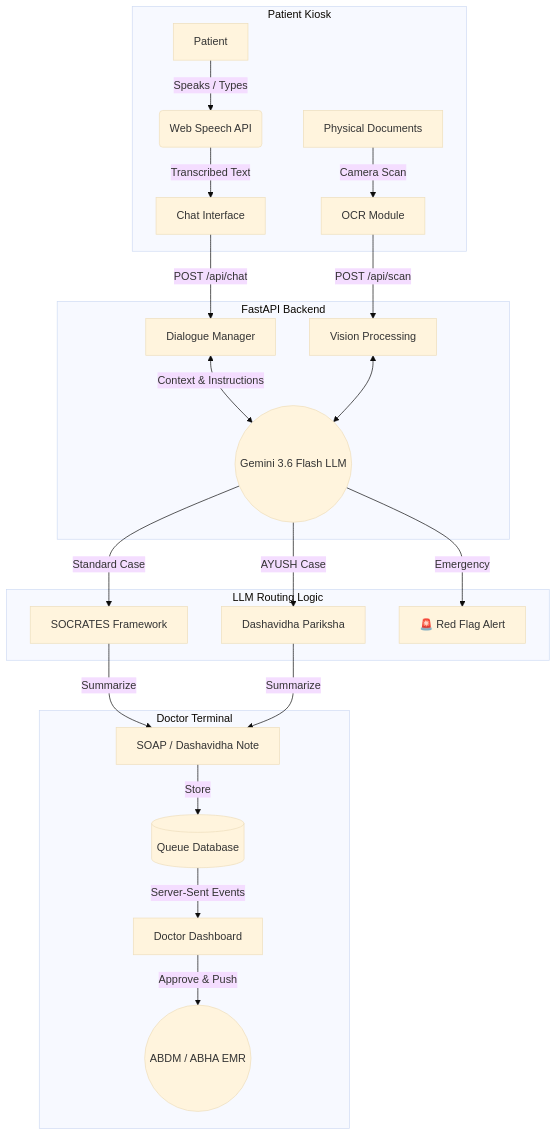
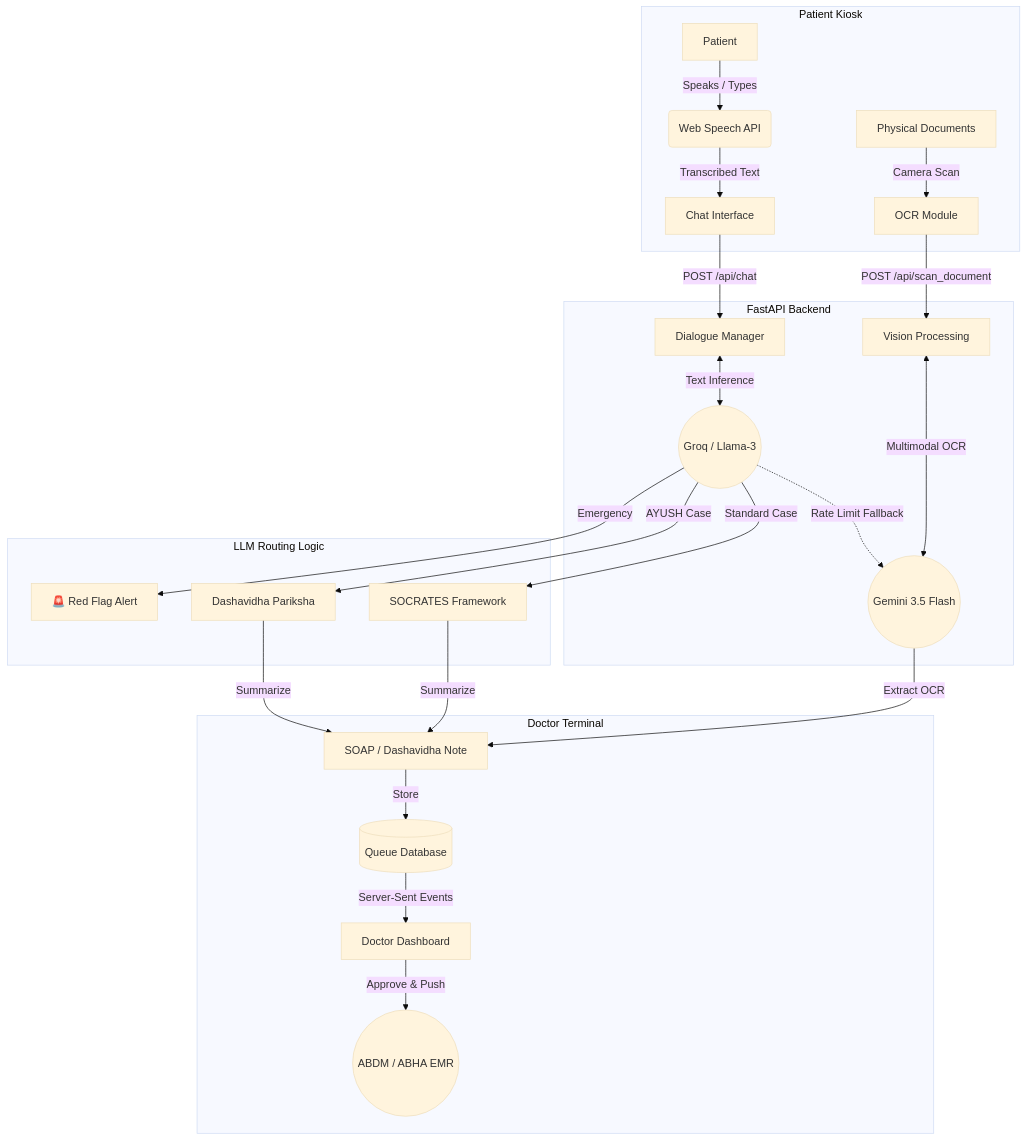
The diagram in ARCHITECTURE.md (MihirMaurya-dev/medikiosk-sih26047), drawn with Mermaid (base theme) before and after one commit. The commit also changed other lines of this file and 2 other files, not shown here.

Commit message:
Docs: Update architecture and README with Groq multi-provider logic, document OCR, and new UI flows

````diff
--- a/ARCHITECTURE.md
+++ b/ARCHITECTURE.md
@@ -51,28 +53,30 @@
 ```mermaid
 graph TD
     subgraph Patient Kiosk
         A[Patient] -->|Speaks / Types| B(Web Speech API)
         B -->|Transcribed Text| C[Chat Interface]
         O[Physical Documents] -->|Camera Scan| P[OCR Module]
     end
 
     subgraph FastAPI Backend
         C -->|POST /api/chat| D[Dialogue Manager]
-        P -->|POST /api/scan| V[Vision Processing]
-        D <-->|Context & Instructions| E((Gemini 3.6 Flash LLM))
-        V <--> E
+        P -->|POST /api/scan_document| V[Vision Processing]
+        D <-->|Text Inference| E((Groq / Llama-3))
+        V <-->|Multimodal OCR| F((Gemini 3.5 Flash))
+        E -.->|Rate Limit Fallback| F
     end
 
     subgraph LLM Routing Logic
-        E -->|Standard Case| F[SOCRATES Framework]
-        E -->|AYUSH Case| G[Dashavidha Pariksha]
-        E -->|Emergency| H[🚨 Red Flag Alert]
+        E -->|Standard Case| G[SOCRATES Framework]
+        E -->|AYUSH Case| H[Dashavidha Pariksha]
+        E -->|Emergency| I[🚨 Red Flag Alert]
     end
 
     subgraph Doctor Terminal
-        F & G -->|Summarize| I[SOAP / Dashavidha Note]
-        I -->|Store| J[(Queue Database)]
-        J -->|Server-Sent Events| K[Doctor Dashboard]
-        K -->|Approve & Push| L((ABDM / ABHA EMR))
+        G & H -->|Summarize| J[SOAP / Dashavidha Note]
+        F -->|Extract OCR| J
+        J -->|Store| K[(Queue Database)]
+        K -->|Server-Sent Events| L[Doctor Dashboard]
+        L -->|Approve & Push| M((ABDM / ABHA EMR))
     end
 ```
````
